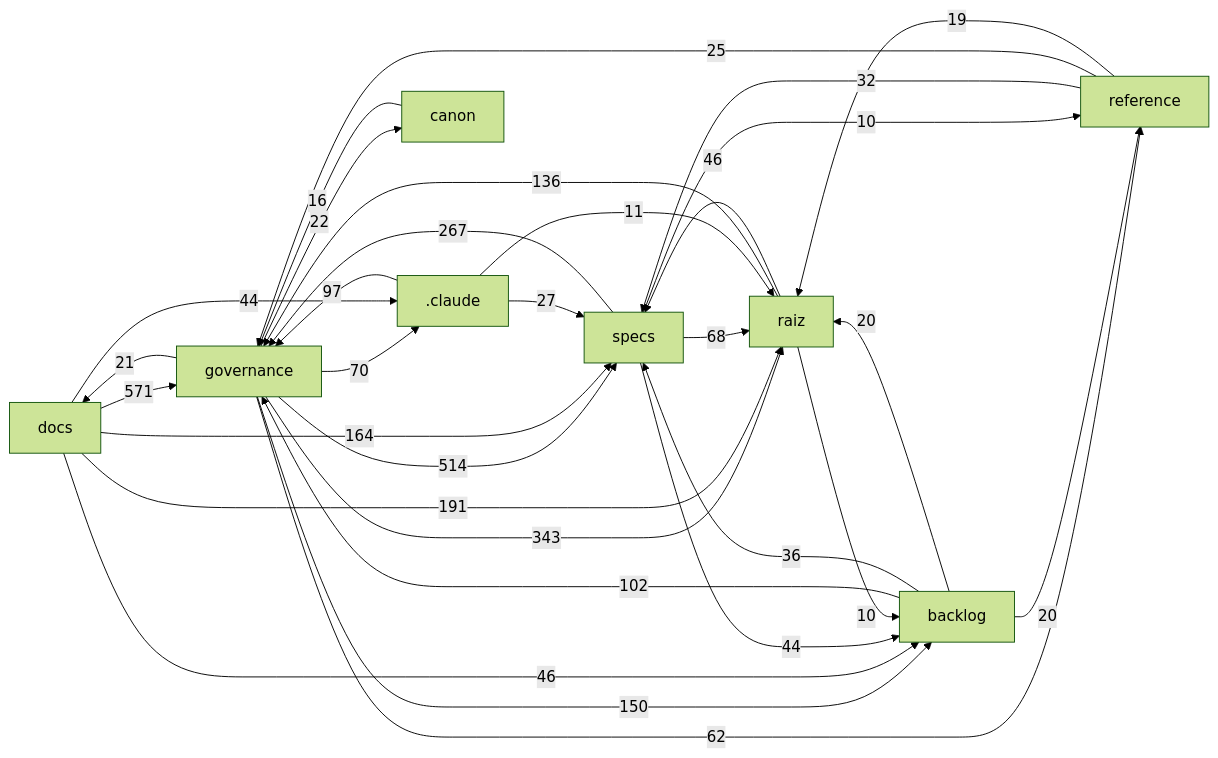
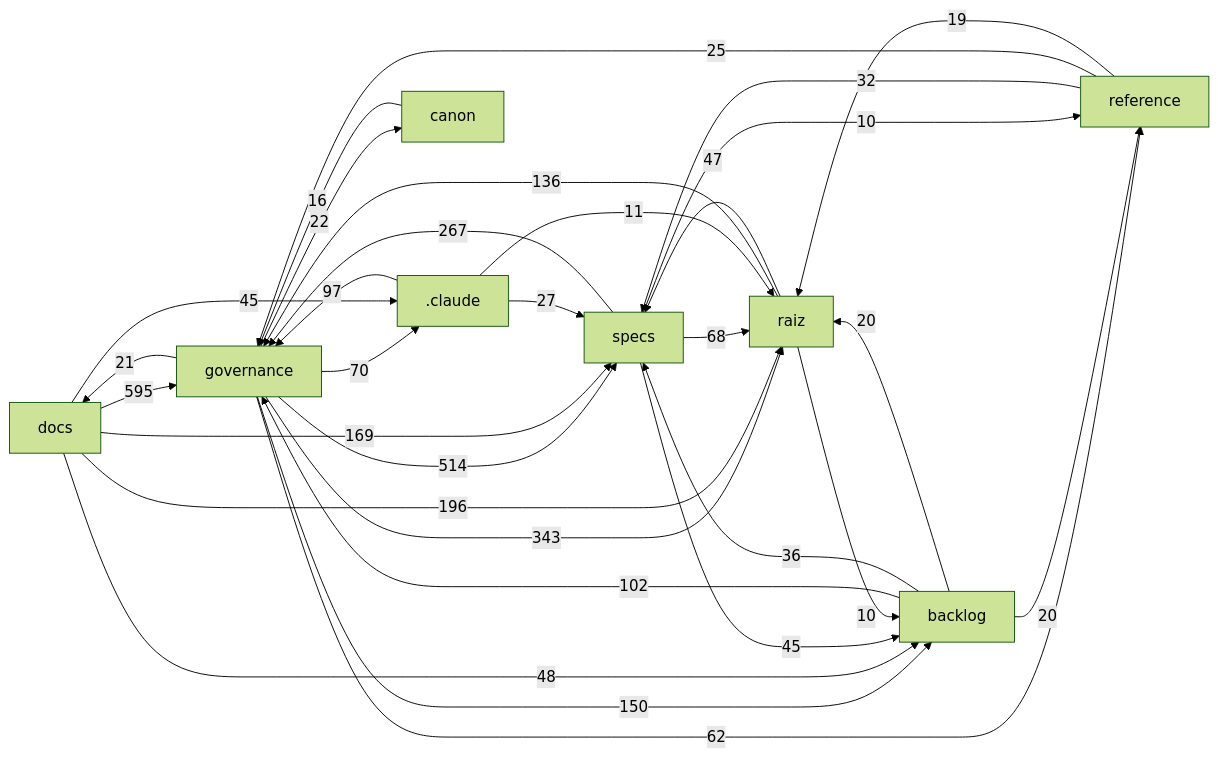
One commit to Andraus35/Sistema-Operacional-de-Trading--SOT changed the diagram in docs/mapa/MAPA-PROJETO.md. Above: the diagram before and after it, drawn with Mermaid (forest theme). The commit also changed other lines of this file and 4 other files, not shown here.

````diff
--- a/docs/mapa/MAPA-PROJETO.md
+++ b/docs/mapa/MAPA-PROJETO.md
@@ -29,33 +29,33 @@
 ```mermaid
 flowchart LR
-  docs["docs"] -->|571| governance["governance"]
+  docs["docs"] -->|595| governance["governance"]
   governance["governance"] -->|514| specs["specs"]
   governance["governance"] -->|343| raiz["raiz"]
   specs["specs"] -->|267| governance["governance"]
-  docs["docs"] -->|191| raiz["raiz"]
-  docs["docs"] -->|164| specs["specs"]
+  docs["docs"] -->|196| raiz["raiz"]
+  docs["docs"] -->|169| specs["specs"]
   governance["governance"] -->|150| backlog["backlog"]
   raiz["raiz"] -->|136| governance["governance"]
   backlog["backlog"] -->|102| governance["governance"]
   _claude[".claude"] -->|97| governance["governance"]
   governance["governance"] -->|70| _claude[".claude"]
   specs["specs"] -->|68| raiz["raiz"]
   governance["governance"] -->|62| reference["reference"]
-  raiz["raiz"] -->|46| specs["specs"]
-  docs["docs"] -->|46| backlog["backlog"]
-  docs["docs"] -->|44| _claude[".claude"]
-  specs["specs"] -->|44| backlog["backlog"]
+  docs["docs"] -->|48| backlog["backlog"]
+  raiz["raiz"] -->|47| specs["specs"]
+  docs["docs"] -->|45| _claude[".claude"]
+  specs["specs"] -->|45| backlog["backlog"]
   backlog["backlog"] -->|36| specs["specs"]
   reference["reference"] -->|32| specs["specs"]
   _claude[".claude"] -->|27| specs["specs"]
   reference["reference"] -->|25| governance["governance"]
   governance["governance"] -->|22| canon["canon"]
   governance["governance"] -->|21| docs["docs"]
   backlog["backlog"] -->|20| raiz["raiz"]
   backlog["backlog"] -->|20| reference["reference"]
   reference["reference"] -->|19| raiz["raiz"]
   canon["canon"] -->|16| governance["governance"]
   _claude[".claude"] -->|11| raiz["raiz"]
   raiz["raiz"] -->|10| backlog["backlog"]
   specs["specs"] -->|10| reference["reference"]
 ```
````
